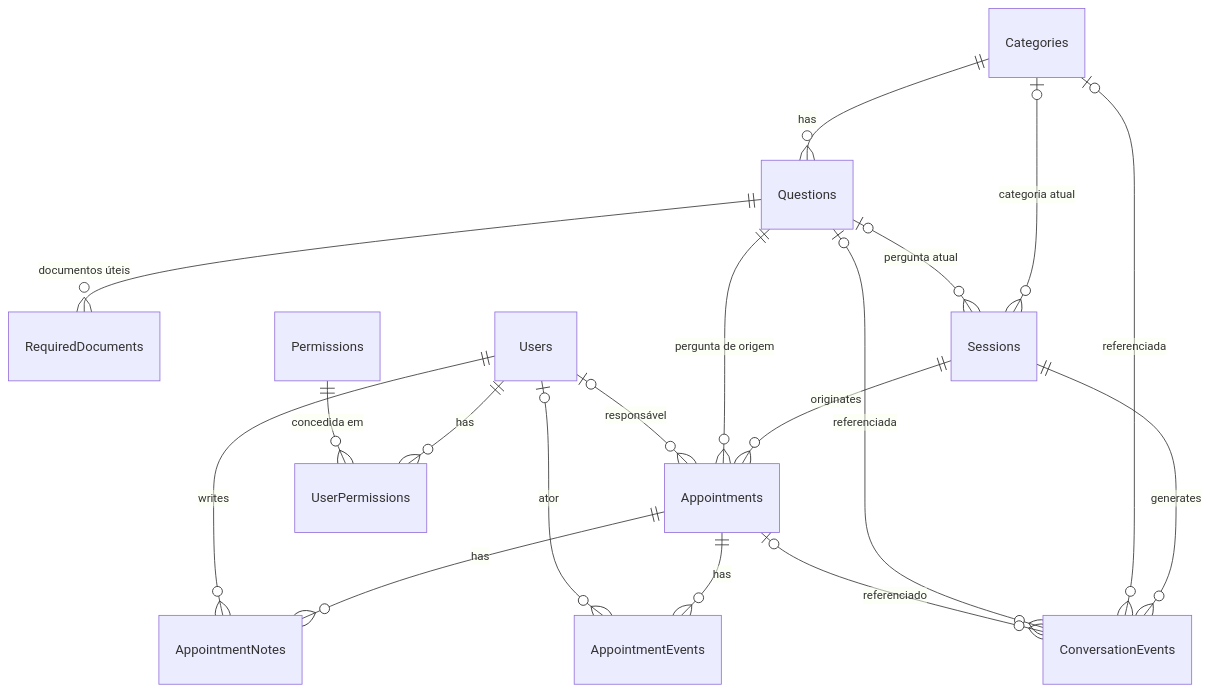
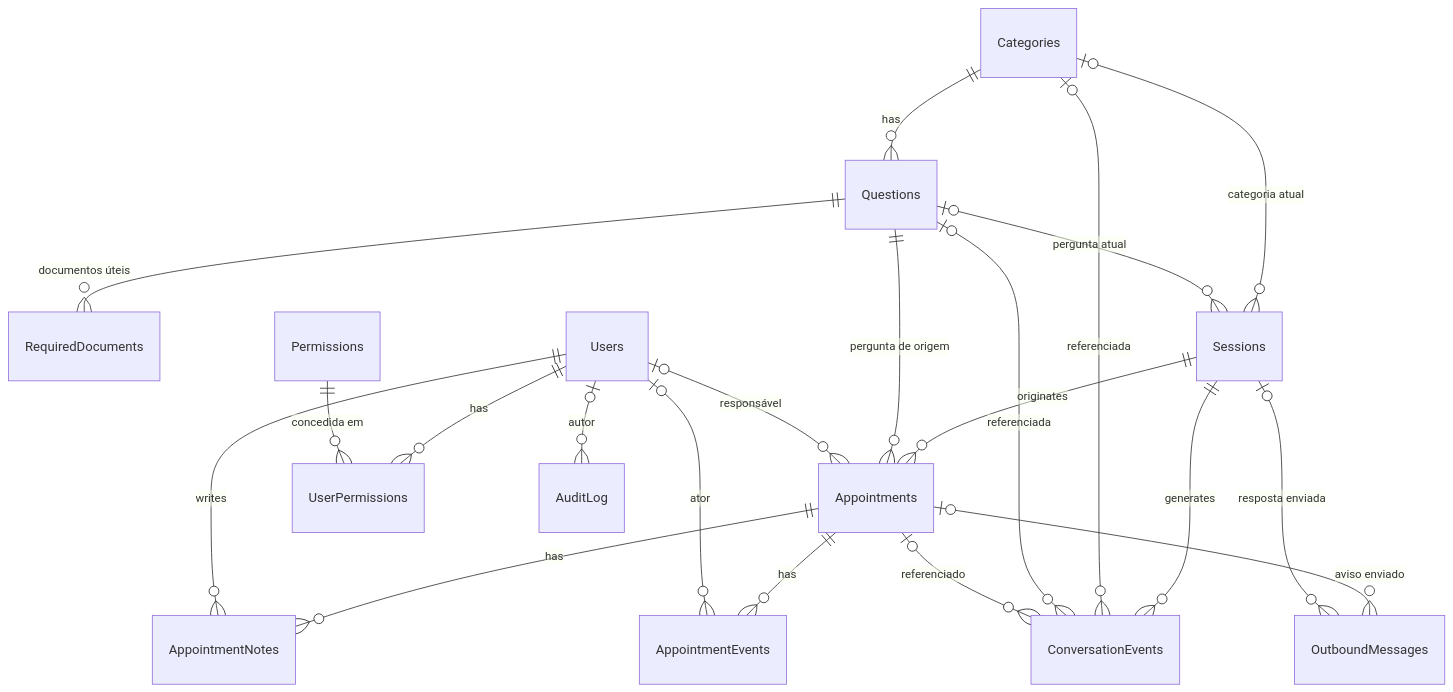
The diagram in .docs/database/database.md (Steel-Hard/ProconChat_Jacarei), drawn with Mermaid before and after one commit. The commit also changed other lines of this file and 5 other files, not shown here.

````diff
--- a/.docs/database/database.md
+++ b/.docs/database/database.md
@@ -35,20 +36,23 @@
 ```mermaid
 erDiagram
     Categories ||--o{ Questions : has
     Questions ||--o{ RequiredDocuments : "documentos úteis"
     Categories |o--o{ Sessions : "categoria atual"
     Questions |o--o{ Sessions : "pergunta atual"
     Sessions ||--o{ ConversationEvents : generates
     Categories |o--o{ ConversationEvents : "referenciada"
     Questions |o--o{ ConversationEvents : "referenciada"
     Appointments |o--o{ ConversationEvents : "referenciado"
     Sessions ||--o{ Appointments : originates
     Questions ||--o{ Appointments : "pergunta de origem"
     Users |o--o{ Appointments : "responsável"
     Appointments ||--o{ AppointmentNotes : has
     Users ||--o{ AppointmentNotes : writes
     Appointments ||--o{ AppointmentEvents : has
     Users |o--o{ AppointmentEvents : "ator"
     Users ||--o{ UserPermissions : has
     Permissions ||--o{ UserPermissions : "concedida em"
+    Appointments |o--o{ OutboundMessages : "aviso enviado"
+    Sessions |o--o{ OutboundMessages : "resposta enviada"
+    Users |o--o{ AuditLog : "autor"
 ```
````
